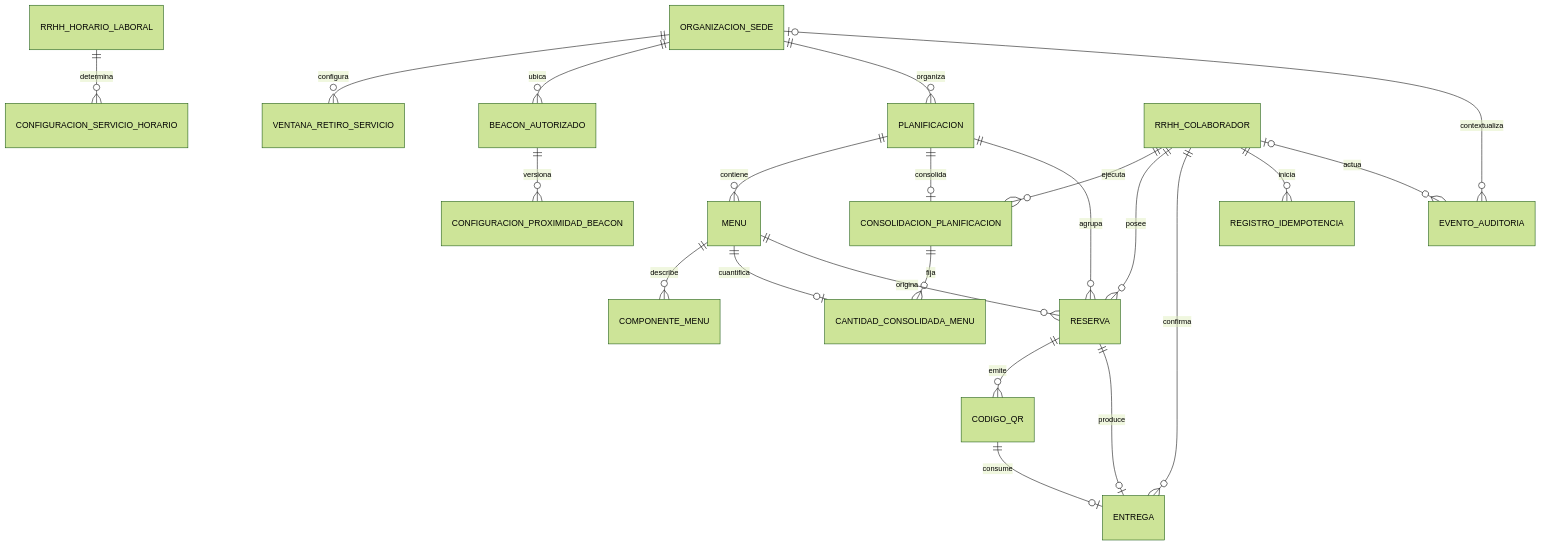
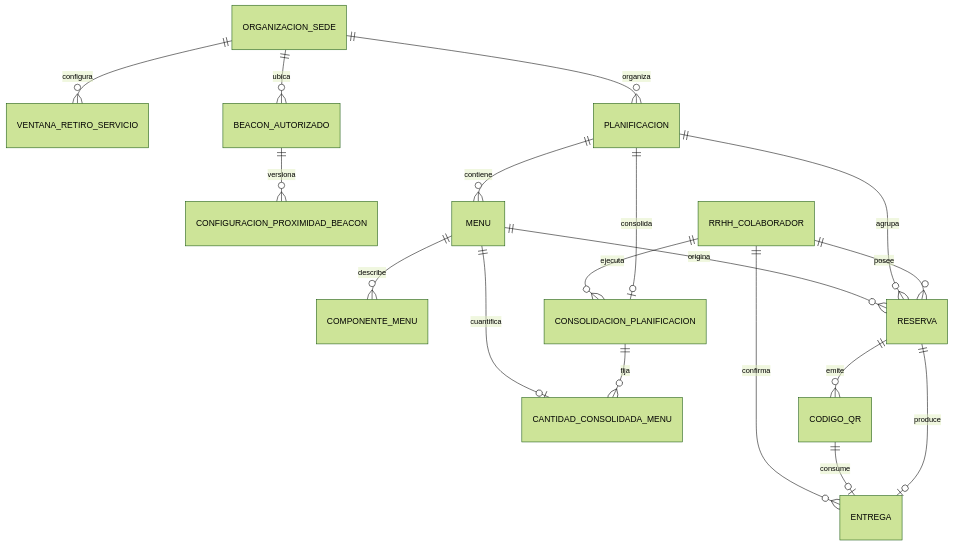
Before and after one commit to Daniel-1401/GTM-DATABASE: the diagram in docs-proyecto/er-diagram-fisico-alimentacion-v1.md, drawn with Mermaid (forest theme). The commit also changed other lines of this file and 83 other files, not shown here.

````diff
--- a/docs-proyecto/er-diagram-fisico-alimentacion-v1.md
+++ b/docs-proyecto/er-diagram-fisico-alimentacion-v1.md
@@ -24,27 +24,23 @@
 ```mermaid
 erDiagram
-    RRHH_HORARIO_LABORAL ||--o{ CONFIGURACION_SERVICIO_HORARIO : determina
     ORGANIZACION_SEDE ||--o{ VENTANA_RETIRO_SERVICIO : configura
     ORGANIZACION_SEDE ||--o{ BEACON_AUTORIZADO : ubica
     BEACON_AUTORIZADO ||--o{ CONFIGURACION_PROXIMIDAD_BEACON : versiona
 
     ORGANIZACION_SEDE ||--o{ PLANIFICACION : organiza
     PLANIFICACION ||--o{ MENU : contiene
     MENU ||--o{ COMPONENTE_MENU : describe
     PLANIFICACION ||--o| CONSOLIDACION_PLANIFICACION : consolida
     RRHH_COLABORADOR ||--o{ CONSOLIDACION_PLANIFICACION : ejecuta
     CONSOLIDACION_PLANIFICACION ||--o{ CANTIDAD_CONSOLIDADA_MENU : fija
     MENU ||--o| CANTIDAD_CONSOLIDADA_MENU : cuantifica
 
     RRHH_COLABORADOR ||--o{ RESERVA : posee
     PLANIFICACION ||--o{ RESERVA : agrupa
     MENU ||--o{ RESERVA : origina
     RESERVA ||--o{ CODIGO_QR : emite
     RESERVA ||--o| ENTREGA : produce
     CODIGO_QR ||--o| ENTREGA : consume
     RRHH_COLABORADOR ||--o{ ENTREGA : confirma
 
-    RRHH_COLABORADOR ||--o{ REGISTRO_IDEMPOTENCIA : inicia
-    RRHH_COLABORADOR o|--o{ EVENTO_AUDITORIA : actua
-    ORGANIZACION_SEDE o|--o{ EVENTO_AUDITORIA : contextualiza
 ```
````
